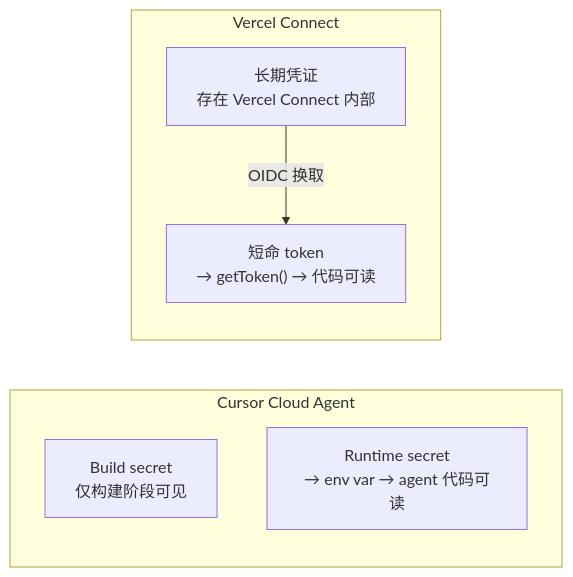
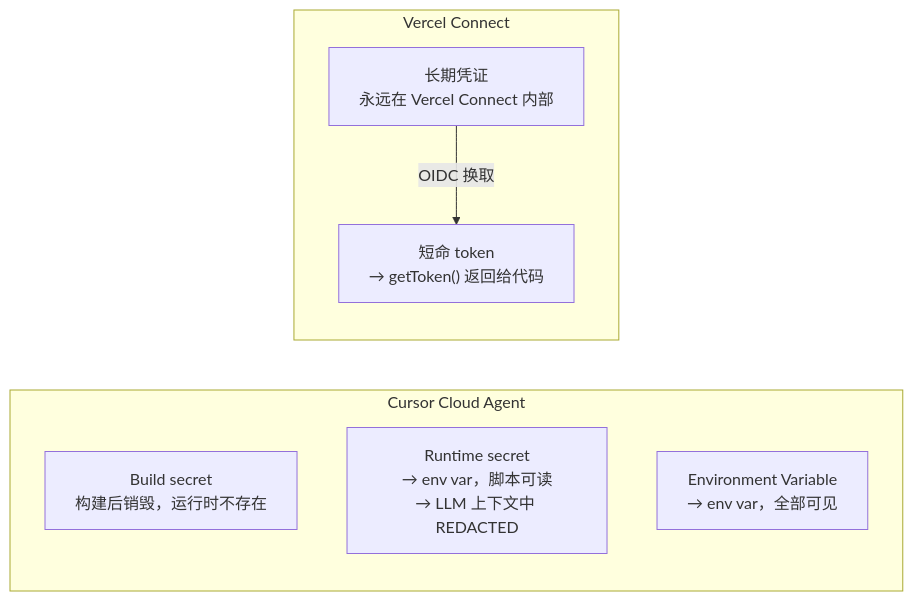
One commit to Haoping-Xiao/haoping-xiao.github.io changed the fourth of 4 diagrams in src/content/blog/vercel-connect-deep-dive.mdx. Above: the diagram before and after it, drawn with Mermaid. The commit also changed other lines of this file, not shown here.

First line of the commit message:
fix: correct Cursor secret model to three types, add output filtering detail

````diff
--- a/src/content/blog/vercel-connect-deep-dive.mdx
+++ b/src/content/blog/vercel-connect-deep-dive.mdx
@@ -170,10 +175,11 @@
 ```mermaid
 flowchart LR
     subgraph Cursor Cloud Agent
-        B["Build secret\n仅构建阶段可见"] 
-        R["Runtime secret\n→ env var → agent 代码可读"]
+        B["Build secret\n构建后销毁，运行时不存在"]
+        R["Runtime secret\n→ env var，脚本可读\n→ LLM 上下文中 REDACTED"]
+        E["Environment Variable\n→ env var，全部可见"]
     end
     subgraph Vercel Connect
-        L["长期凭证\n存在 Vercel Connect 内部"] -->|OIDC 换取| T["短命 token\n→ getToken() → 代码可读"]
+        L["长期凭证\n永远在 Vercel Connect 内部"] -->|OIDC 换取| T["短命 token\n→ getToken() 返回给代码"]
     end
 ```
````
